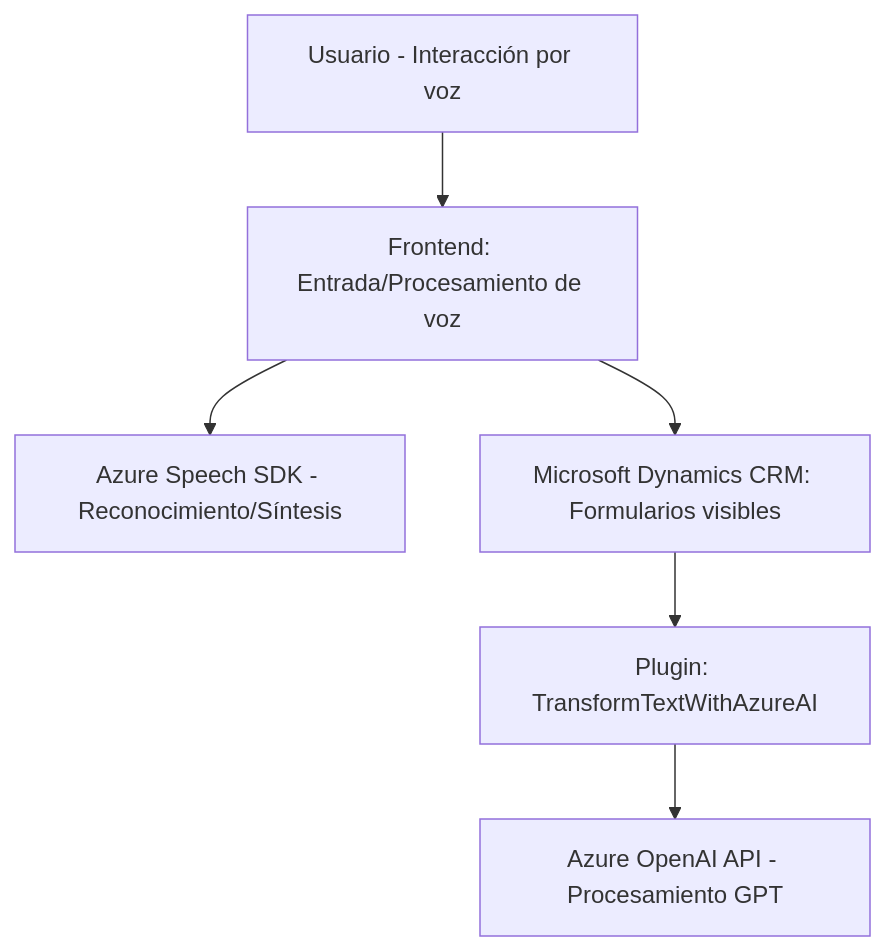
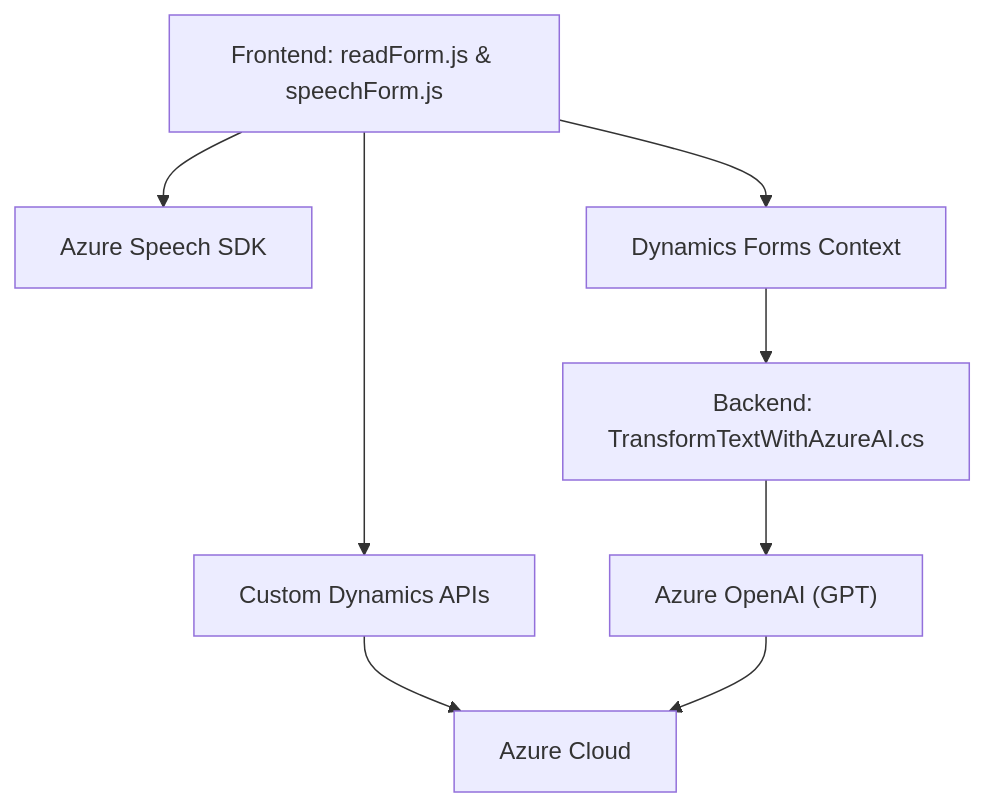
One commit to blopezdm/NETCORE_BILBAO2025 changed the diagram in README.md. Above: the diagram before and after it, drawn with Mermaid. The commit also changed other lines of this file, not shown here.

````diff
--- a/README.md
+++ b/README.md
@@ -30,15 +59,18 @@
 ```mermaid
 graph TD
-A["Usuario - Interacción por voz"]
-B["Frontend: Entrada/Procesamiento de voz"]
-C["Azure Speech SDK - Reconocimiento/Síntesis"]
-D["Microsoft Dynamics CRM: Formularios visibles"]
-E["Plugin: TransformTextWithAzureAI"]
-F["Azure OpenAI API - Procesamiento GPT"]
+    A["Frontend: readForm.js & speechForm.js"]
+    B["Azure Speech SDK"]
+    C["Dynamics Forms Context"]
+    D["Backend: TransformTextWithAzureAI.cs"]
+    E["Azure OpenAI (GPT)"]
+    F["Custom Dynamics APIs"]
+    G["Azure Cloud"]
 
-A --> B
-B --> C
-B --> D
-D --> E
-E --> F
+    A --> B
+    A --> C
+    A --> F
+    F --> G
+    C --> D
+    D --> E
+    E --> G
 ```
````
